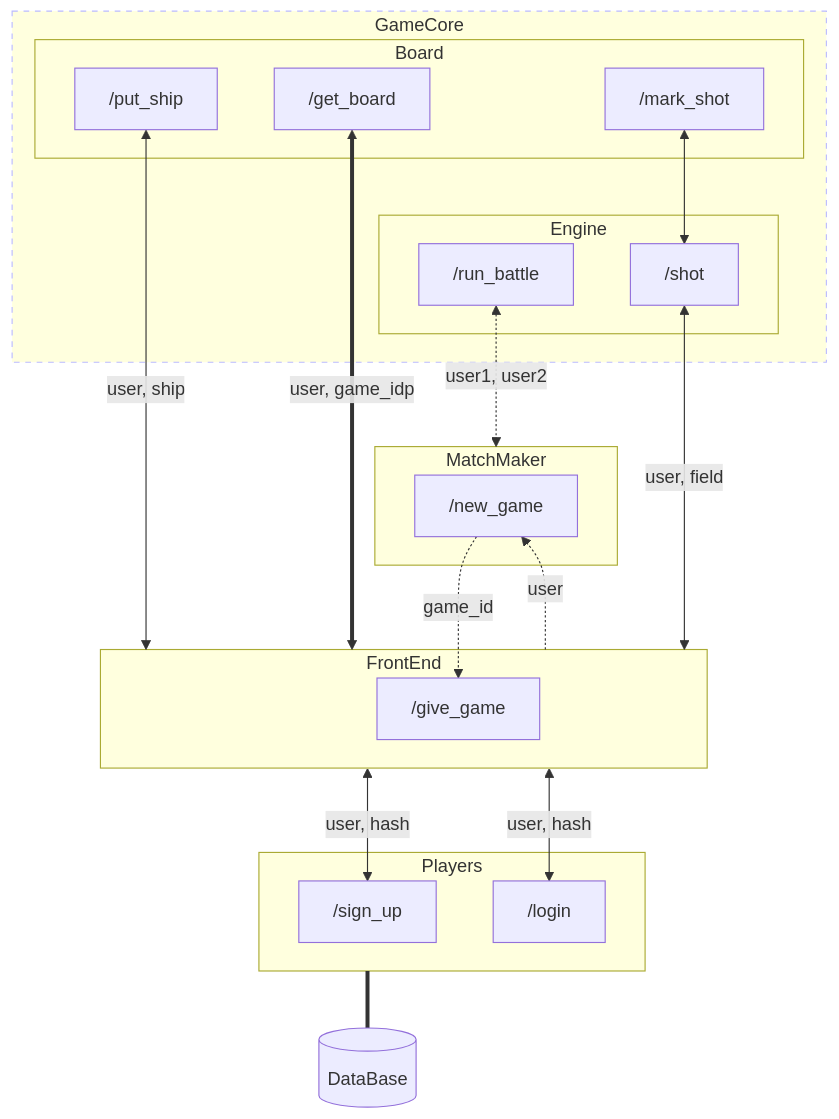
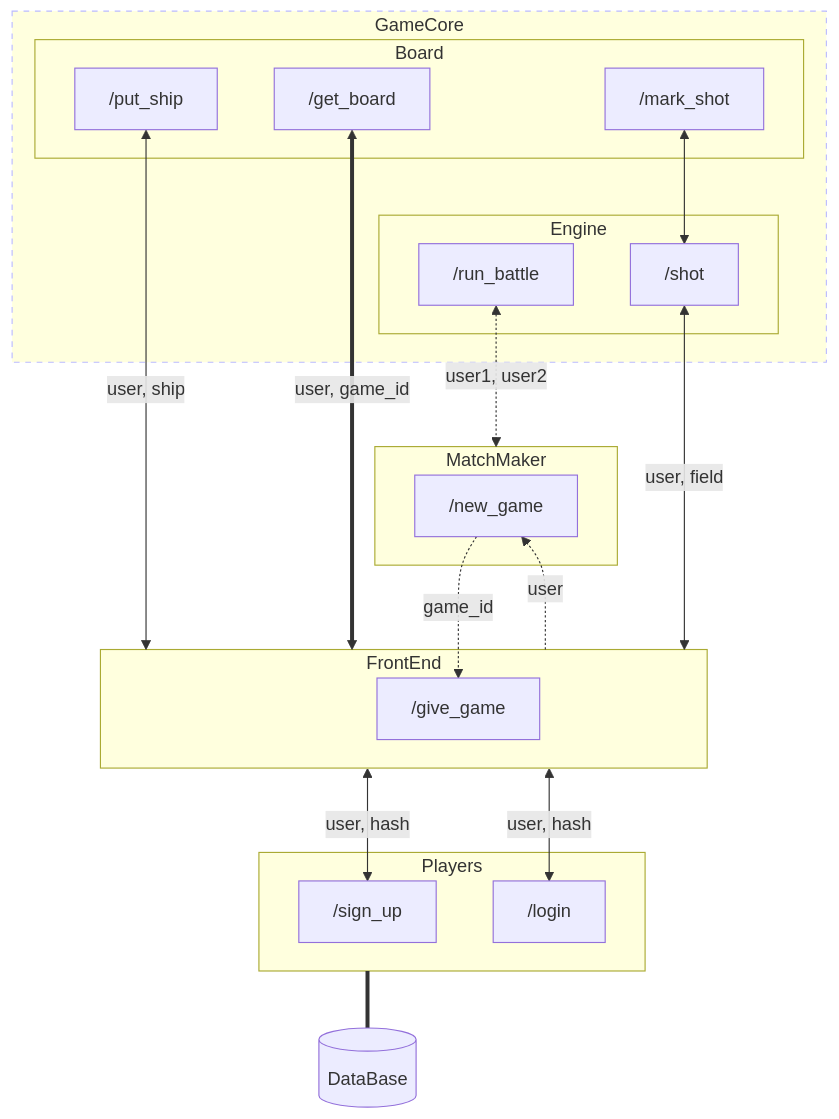
The diagram in README.md (MarcinBaranek/Battleship), drawn with Mermaid before and after one commit. The commit also changed 2 other files, not shown here.

Commit message:
Add data base to docker compose

````diff
--- a/README.md
+++ b/README.md
@@ -31,42 +31,42 @@
 ```mermaid
 flowchart TB
     FrontEnd <-->|user, hash| /sign_up
     FrontEnd <-->|user, hash| /login
     FrontEnd -.->|user| /new_game
     /new_game -.->|game_id| /give_game
     /run_battle <-.->|user1, user2| MatchMaker
     /put_ship <-->|user, ship| FrontEnd
     /shot <-->|user, field| FrontEnd
-    /get_board <==>|user, game_idp| FrontEnd
+    /get_board <==>|user, game_id| FrontEnd
     /mark_shot <--> /shot
     Players === db
 
     subgraph FrontEnd
         /give_game
     end
 
     subgraph Players
         /sign_up
         /login
     end
 
     subgraph MatchMaker
         /new_game
     end
     subgraph GameCore
         subgraph Board
             /mark_shot
             /get_board
             /put_ship
         end
 
         subgraph Engine
             /run_battle
             /shot
         end
     end
 
     db[(DataBase)]
 
     style GameCore stroke:#bbf,stroke-dasharray: 5 5
 ```
````
